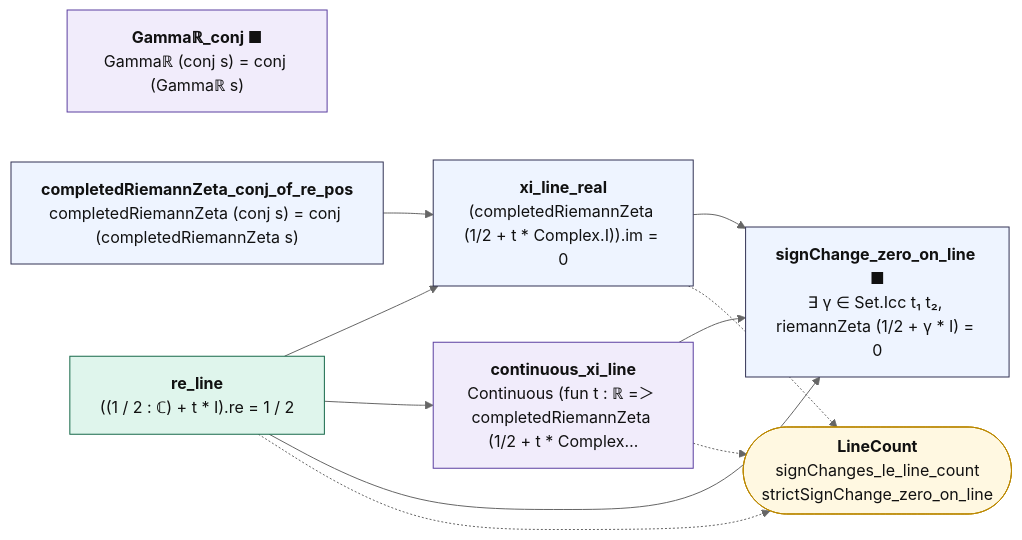
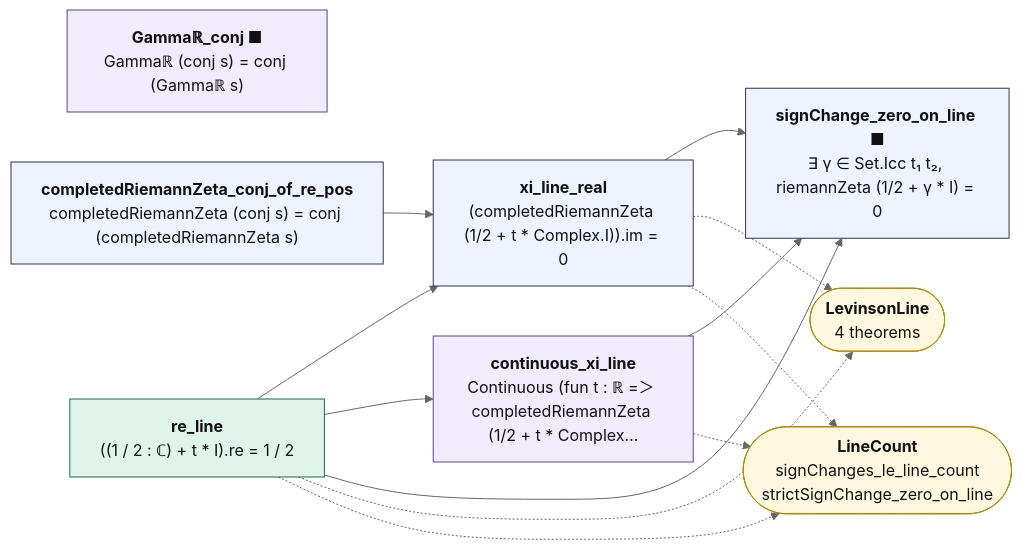
Before and after one commit to juliansambranojr/Primebeat_081426: the diagram in map/lean_stage3/HardyZ.mmd, drawn with Mermaid (neutral theme). The commit also changed 11 other files, not shown here.

```diff
--- a/map/lean_stage3/HardyZ.mmd
+++ b/map/lean_stage3/HardyZ.mmd
@@ -1,25 +1,28 @@
 flowchart LR
   n0["<b>Gammaℝ_conj ■</b><br/>Gammaℝ (conj s) = conj (Gammaℝ s)"]:::shp
   n1["<b>completedRiemannZeta_conj_of_re_pos</b><br/>completedRiemannZeta (conj s) = conj (completedRiemannZeta s)"]:::thm
   n2["<b>re_line</b><br/>((1 / 2 : ℂ) + t * I).re = 1 / 2"]:::cnt
   n3["<b>xi_line_real</b><br/>(completedRiemannZeta (1/2 + t * Complex.I)).im = 0"]:::thm
   n4["<b>continuous_xi_line</b><br/>Continuous (fun t : ℝ =＞ completedRiemannZeta (1/2 + t * Complex…"]:::shp
   n5["<b>signChange_zero_on_line ■</b><br/>∃ γ ∈ Set.Icc t₁ t₂, riemannZeta (1/2 + γ * I) = 0"]:::thm
-  x0(["<b>LineCount</b><br/>signChanges_le_line_count<br/>strictSignChange_zero_on_line"]):::ext
+  x0(["<b>LevinsonLine</b><br/>4 theorems"]):::ext
+  x1(["<b>LineCount</b><br/>signChanges_le_line_count<br/>strictSignChange_zero_on_line"]):::ext
   n1 --> n3
   n2 --> n3
   n2 --> n4
   n2 --> n5
   n3 --> n5
   n4 --> n5
   n2 -.-> x0
+  n2 -.-> x1
   n3 -.-> x0
-  n4 -.-> x0
+  n3 -.-> x1
+  n4 -.-> x1
   classDef cnt fill:#dff5ec,stroke:#17694a,color:#111
   classDef shp fill:#f1ecfb,stroke:#5b3fa0,color:#111
   classDef rh fill:#ffe5e5,stroke:#c22,color:#111,stroke-width:2px
   classDef thm fill:#eef4ff,stroke:#335,color:#111
   classDef end_ fill:#e7f7e7,stroke:#2a7,color:#111,stroke-width:2px
   classDef lone fill:#fff,stroke:#999,color:#111,stroke-dasharray:4 3
   classDef bad fill:#ffe5e5,stroke:#c22,color:#111,stroke-width:2px
   classDef ext fill:#fff8e1,stroke:#b80,color:#111
```
